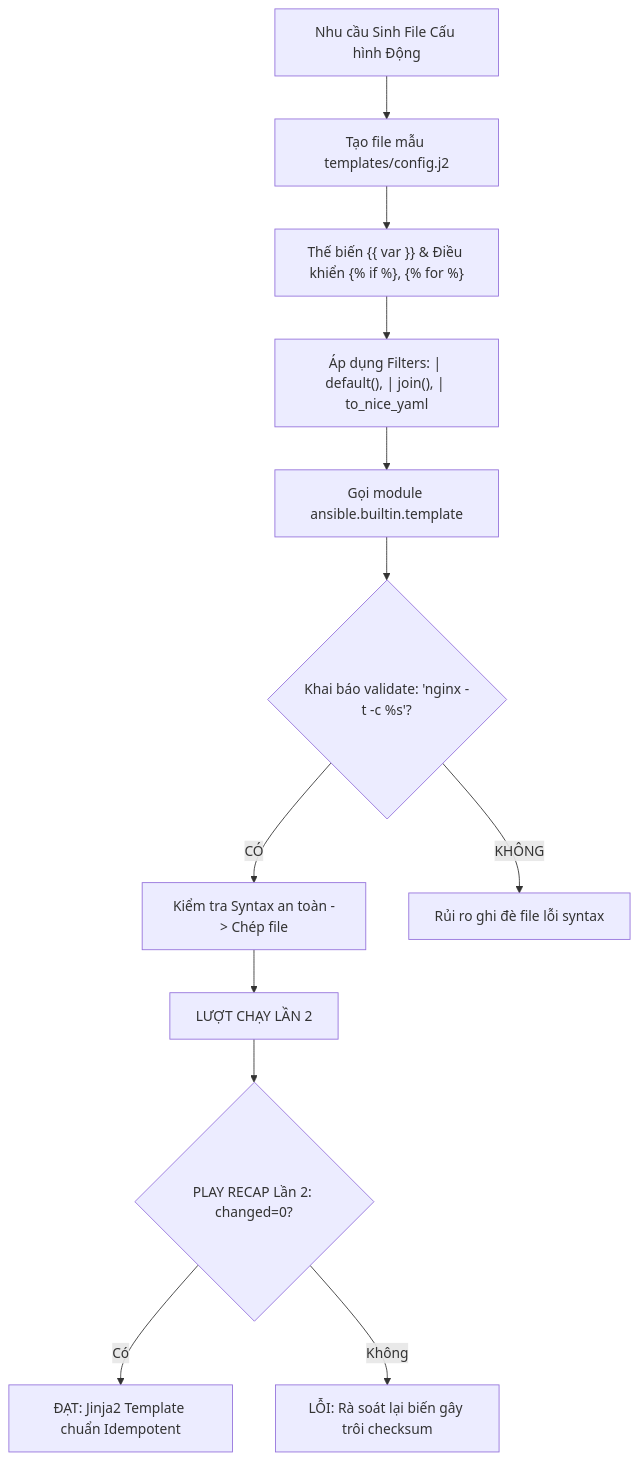
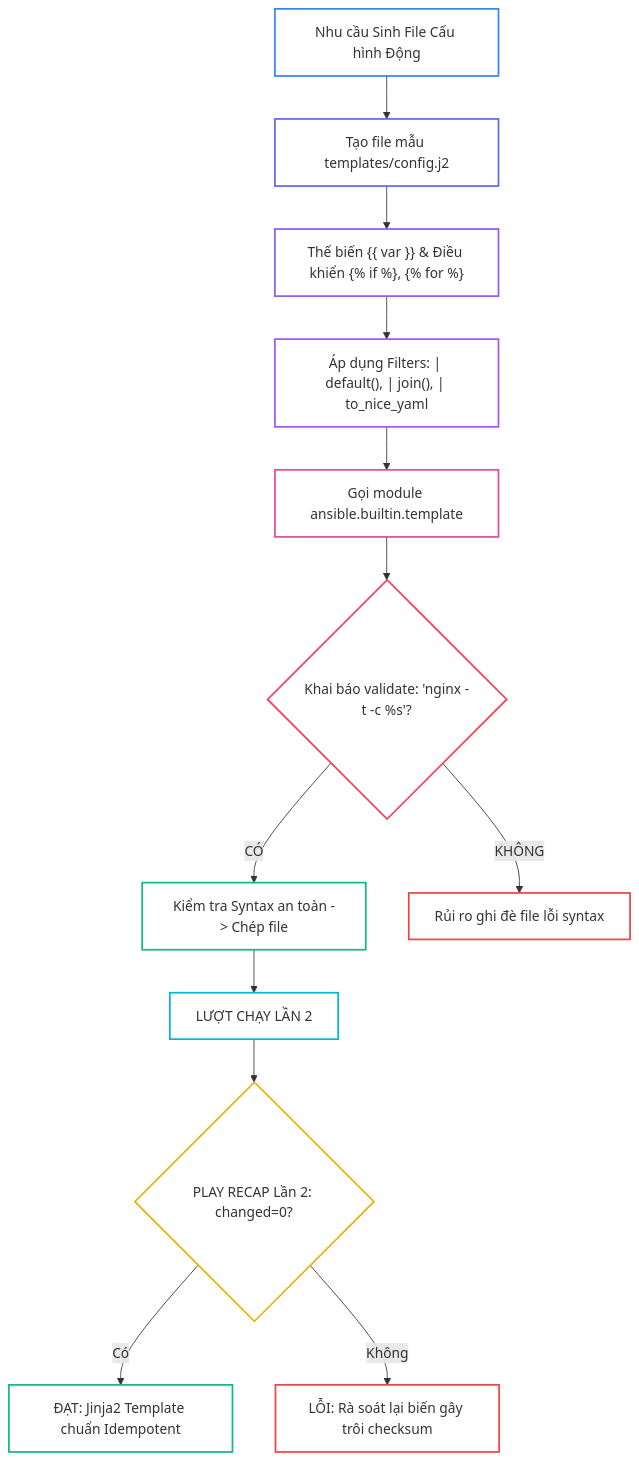
The second of 3 diagrams in _posts/2026-09-13-ansible-12-12-templates-jinja2.md (kiennt308/ntk), drawn with Mermaid before and after one commit. The commit also changed other lines of this file and 30 other files, not shown here.

````diff
--- a/_posts/2026-09-13-ansible-12-12-templates-jinja2.md
+++ b/_posts/2026-09-13-ansible-12-12-templates-jinja2.md
@@ -300,16 +308,29 @@
 ```mermaid
 flowchart TD
     A["Nhu cầu Sinh File Cấu hình Động"] --> B["Tạo file mẫu templates/config.j2"]
     B --> C["Thế biến {{ var }} & Điều khiển {% if %}, {% for %}"]
     C --> D["Áp dụng Filters: | default(), | join(), | to_nice_yaml"]
     
     D --> E["Gọi module ansible.builtin.template"]
     E --> F{"Khai báo validate: 'nginx -t -c %s'?"}
     F -->|"CÓ"| G["Kiểm tra Syntax an toàn -> Chép file"]
     F -->|"KHÔNG"| H["Rủi ro ghi đè file lỗi syntax"]
     
     G --> I["LƯỢT CHẠY LẦN 2"]
     I --> J{"PLAY RECAP Lần 2: changed=0?"}
-    J -- Có --> K["ĐẠT: Jinja2 Template chuẩn Idempotent"]
-    J -- Không --> L["LỖI: Rà soát lại biến gây trôi checksum"]
+    J -->|"Có"| K["ĐẠT: Jinja2 Template chuẩn Idempotent"]
+    J -->|"Không"| L["LỖI: Rà soát lại biến gây trôi checksum"]
+
+    style A fill:none,stroke:#3b82f6,stroke-width:2px
+    style B fill:none,stroke:#6366f1,stroke-width:2px
+    style C fill:none,stroke:#8b5cf6,stroke-width:2px
+    style D fill:none,stroke:#a855f7,stroke-width:2px
+    style E fill:none,stroke:#ec4899,stroke-width:2px
+    style F fill:none,stroke:#f43f5e,stroke-width:2px
+    style G fill:none,stroke:#10b981,stroke-width:2px
+    style H fill:none,stroke:#ef4444,stroke-width:2px
+    style I fill:none,stroke:#06b6d4,stroke-width:2px
+    style J fill:none,stroke:#eab308,stroke-width:2px
+    style K fill:none,stroke:#10b981,stroke-width:2px
+    style L fill:none,stroke:#ef4444,stroke-width:2px
 ```
````
